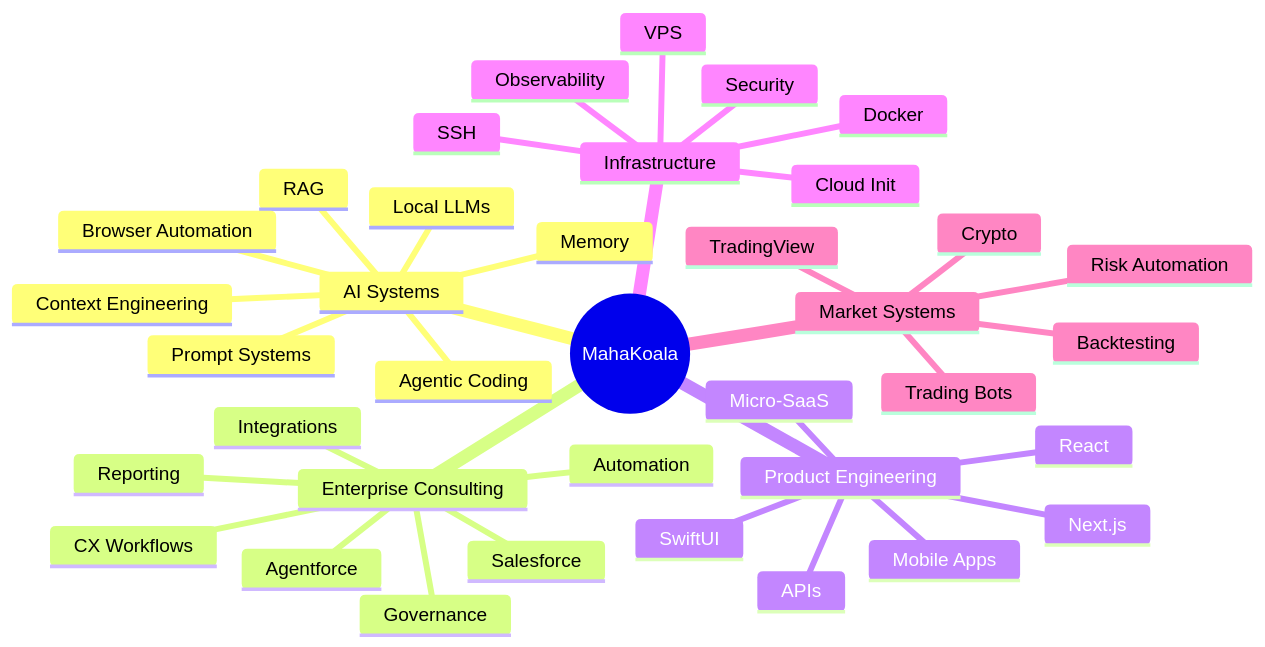
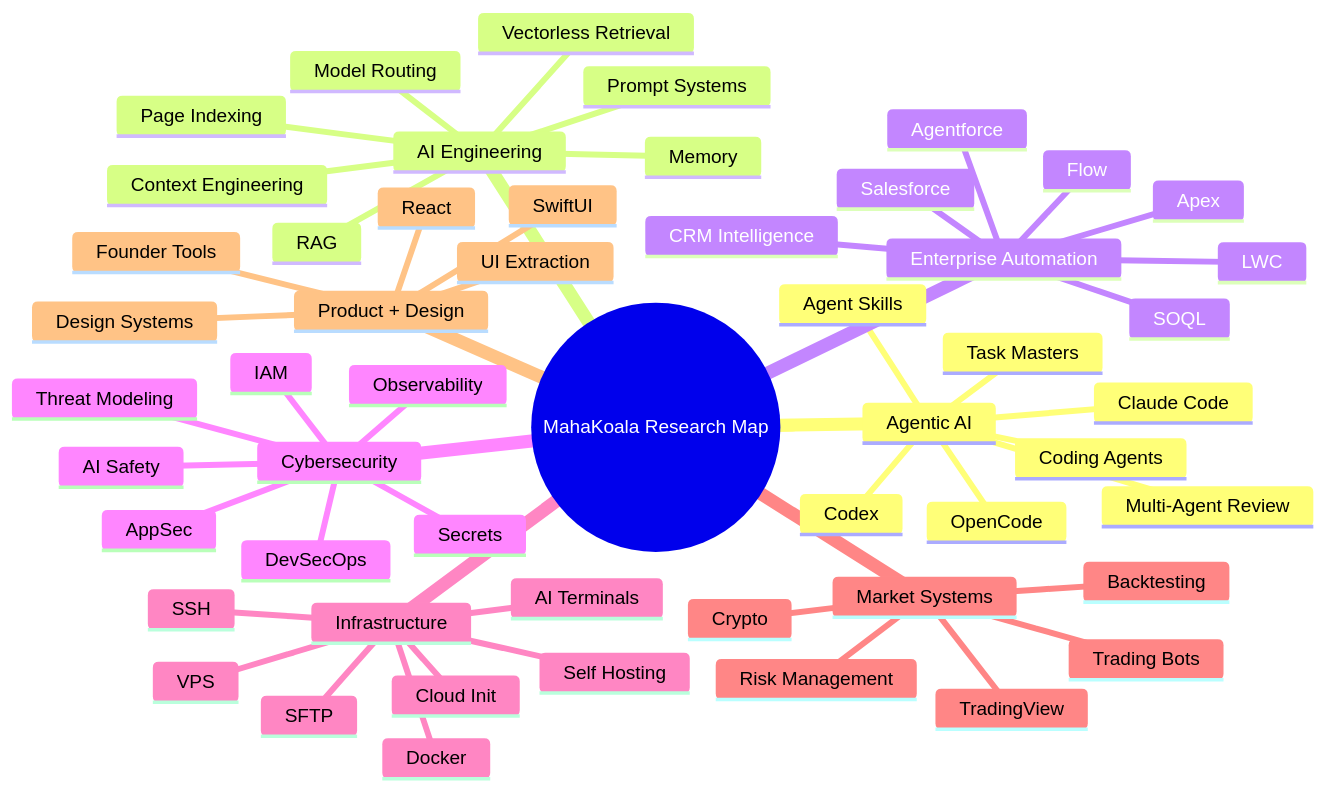
One commit to MahaKoala/MahaKoala changed the first of 7 diagrams in README.md. Above: the diagram before and after it, drawn with Mermaid. The commit also changed other lines of this file, not shown here.

First line of the commit message:
Revise README for updated skills and focus areas

````diff
--- a/README.md
+++ b/README.md
@@ -45,40 +76,56 @@
 ```mermaid
 mindmap
-  root((MahaKoala))
-    AI Systems
-      Agentic Coding
-      Local LLMs
+  root((MahaKoala Research Map))
+    Agentic AI
+      Claude Code
+      Codex
+      OpenCode
+      Coding Agents
+      Task Masters
+      Agent Skills
+      Multi-Agent Review
+    AI Engineering
       RAG
+      Page Indexing
+      Vectorless Retrieval
       Prompt Systems
       Context Engineering
       Memory
-      Browser Automation
-    Enterprise Consulting
+      Model Routing
+    Enterprise Automation
       Salesforce
       Agentforce
-      CX Workflows
-      Integrations
-      Automation
-      Reporting
-      Governance
-    Product Engineering
-      React
-      Next.js
-      SwiftUI
-      APIs
-      Mobile Apps
-      Micro-SaaS
+      Apex
+      Flow
+      LWC
+      SOQL
+      CRM Intelligence
+    Cybersecurity
+      DevSecOps
+      AppSec
+      IAM
+      Secrets
+      Threat Modeling
+      AI Safety
+      Observability
     Infrastructure
       VPS
       Docker
+      Cloud Init
       SSH
-      Cloud Init
-      Observability
-      Security
+      SFTP
+      AI Terminals
+      Self Hosting
     Market Systems
       Trading Bots
       Backtesting
       TradingView
       Crypto
-      Risk Automation
+      Risk Management
+    Product + Design
+      Design Systems
+      UI Extraction
+      SwiftUI
+      React
+      Founder Tools
 ```
````
